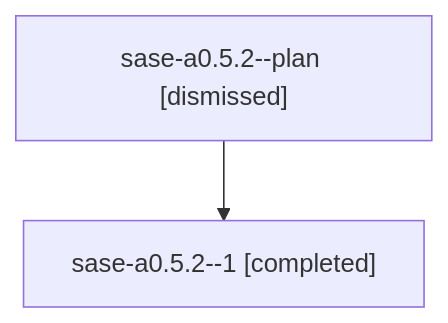
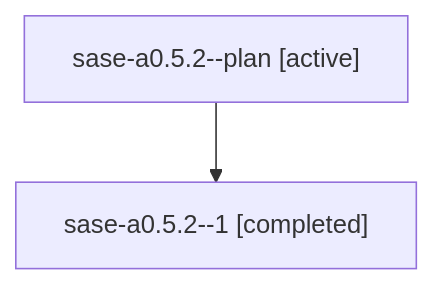
One commit to sase-org/sase--agents changed the diagram in families/bbugyi200.athena.sase-a0.5.2.md. Above: the diagram before and after it, drawn with Mermaid. The commit also changed other lines of this file and 5813 other files, not shown here.

````diff
--- a/families/bbugyi200.athena.sase-a0.5.2.md
+++ b/families/bbugyi200.athena.sase-a0.5.2.md
@@ -9,6 +9,6 @@
 ```mermaid
 flowchart TD
-  n0["sase-a0.5.2--plan [dismissed]"]
+  n0["sase-a0.5.2--plan [active]"]
   n1["sase-a0.5.2--1 [completed]"]
   n0 --> n1
 ```
````
